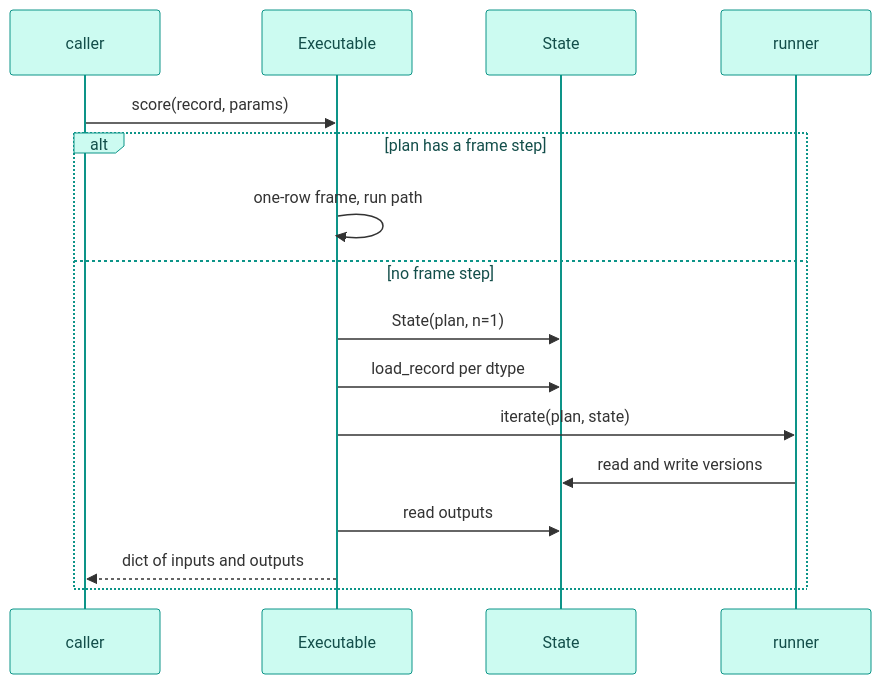
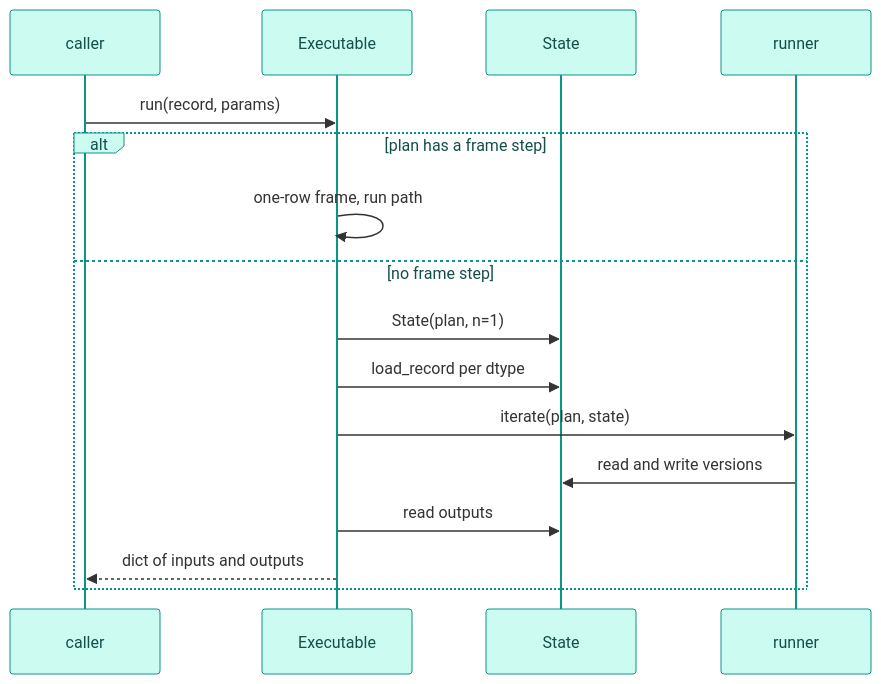
The fourth of 5 diagrams in docs/architecture/index.md (capitec/dsp-decision-engine), drawn with Mermaid before and after one commit. The commit also changed other lines of this file and 55 other files, not shown here.

Commit message:
docs: run takes a dict record or a frame; every score example and mention now says run, and the engine decision records the dispatch order and its cost

````diff
--- a/docs/architecture/index.md
+++ b/docs/architecture/index.md
@@ -278,19 +278,19 @@
 ```mermaid
 %%{init: {"theme": "base", "themeVariables": {"actorBkg": "#ccfbf1", "actorBorder": "#0d9488", "actorTextColor": "#134e4a", "noteBkgColor": "#f3f4f6", "noteBorderColor": "#6b7280", "noteTextColor": "#1f2937"}}}%%
 sequenceDiagram
     participant U as caller
     participant X as Executable
     participant S as State
     participant R as runner
-    U->>X: score(record, params)
+    U->>X: run(record, params)
     alt plan has a frame step
         X->>X: one-row frame, run path
     else no frame step
         X->>S: State(plan, n=1)
         X->>S: load_record per dtype
         X->>R: iterate(plan, state)
         R->>S: read and write versions
         X->>S: read outputs
         X-->>U: dict of inputs and outputs
     end
 ```
````
